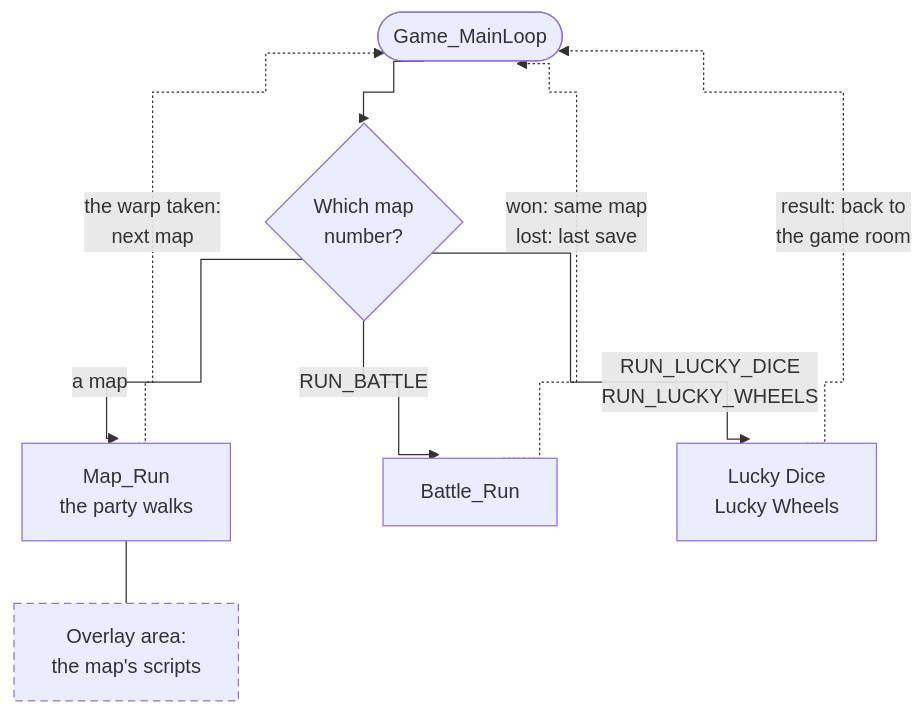
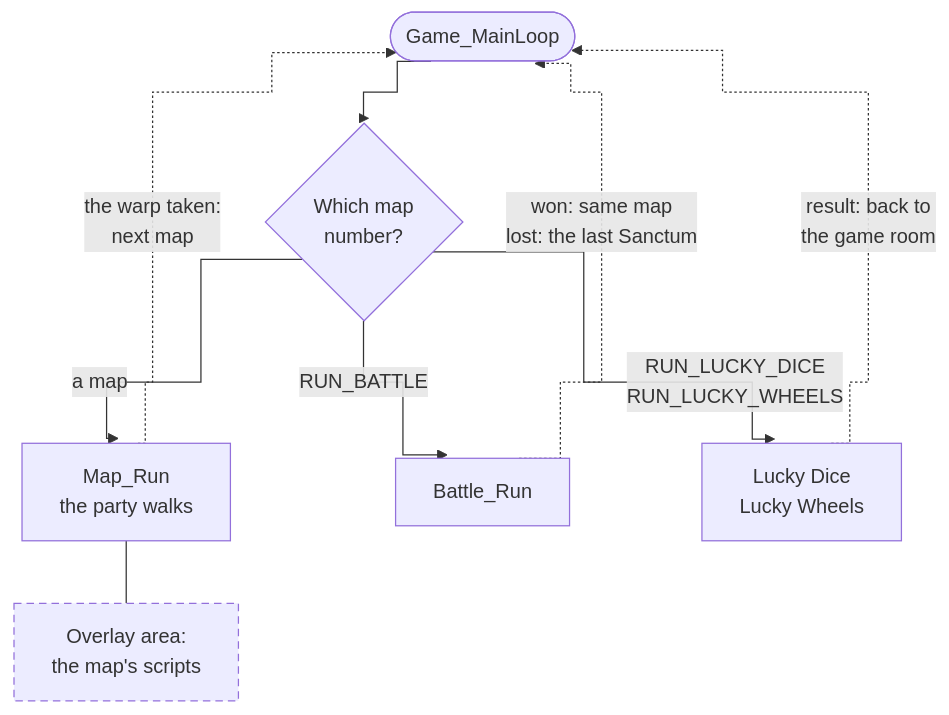
The diagram in games/tbs/README.md (PascalPixel/alchemy), drawn with Mermaid before and after one commit. The commit also changed 15 other files, not shown here.

Commit message:
Names: the save block's savedMap is restartMap, where a defeat or a restarted file returns to, usually the last Sanctum

````diff
--- a/games/tbs/README.md
+++ b/games/tbs/README.md
@@ -29,14 +29,14 @@
 ```mermaid
 %%{init: {"flowchart": {"curve": "step"}}}%%
 flowchart TD
   loop(["Game_MainLoop"]) --> which{"Which map<br/>number?"}
   which -- "a map" --> map["Map_Run<br/>the party walks"]
   which -- "RUN_BATTLE" --> battle["Battle_Run"]
   which -- "RUN_LUCKY_DICE<br/>RUN_LUCKY_WHEELS" --> mini["Lucky Dice<br/>Lucky Wheels"]
   map -. "the warp taken:<br/>next map" .-> loop
-  battle -. "won: same map<br/>lost: last save" .-> loop
+  battle -. "won: same map<br/>lost: the last Sanctum" .-> loop
   mini -. "result: back to<br/>the game room" .-> loop
   map --- scripts["Overlay area:<br/>the map's scripts"]
   classDef overlay stroke-dasharray: 6 4
   class scripts overlay
 ```
````
